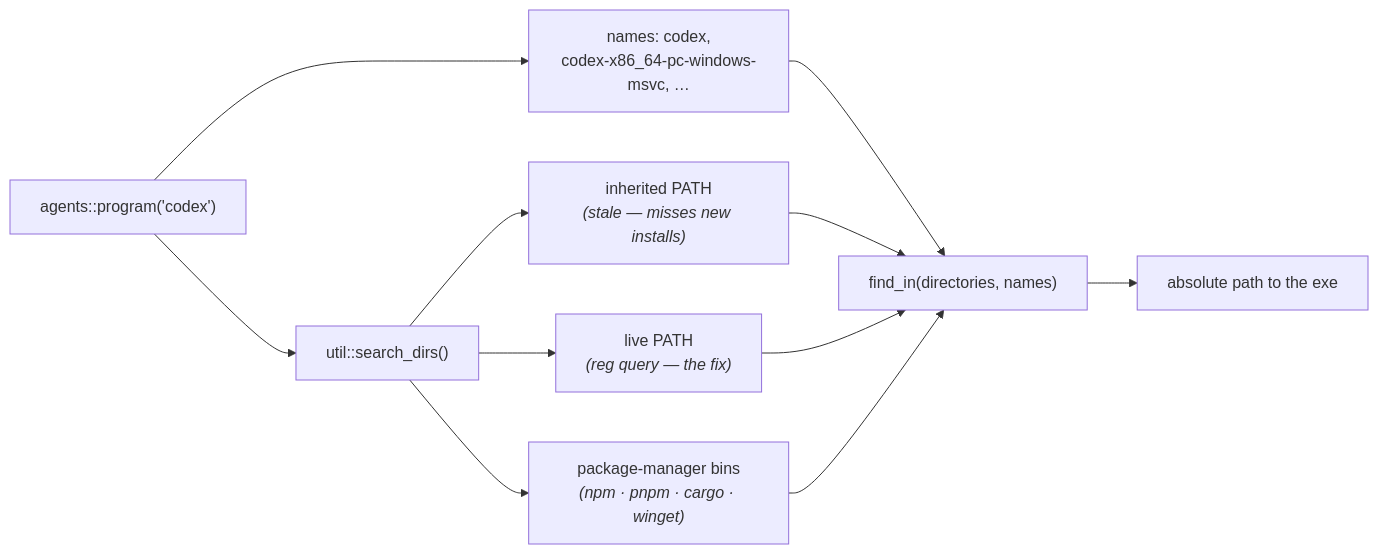
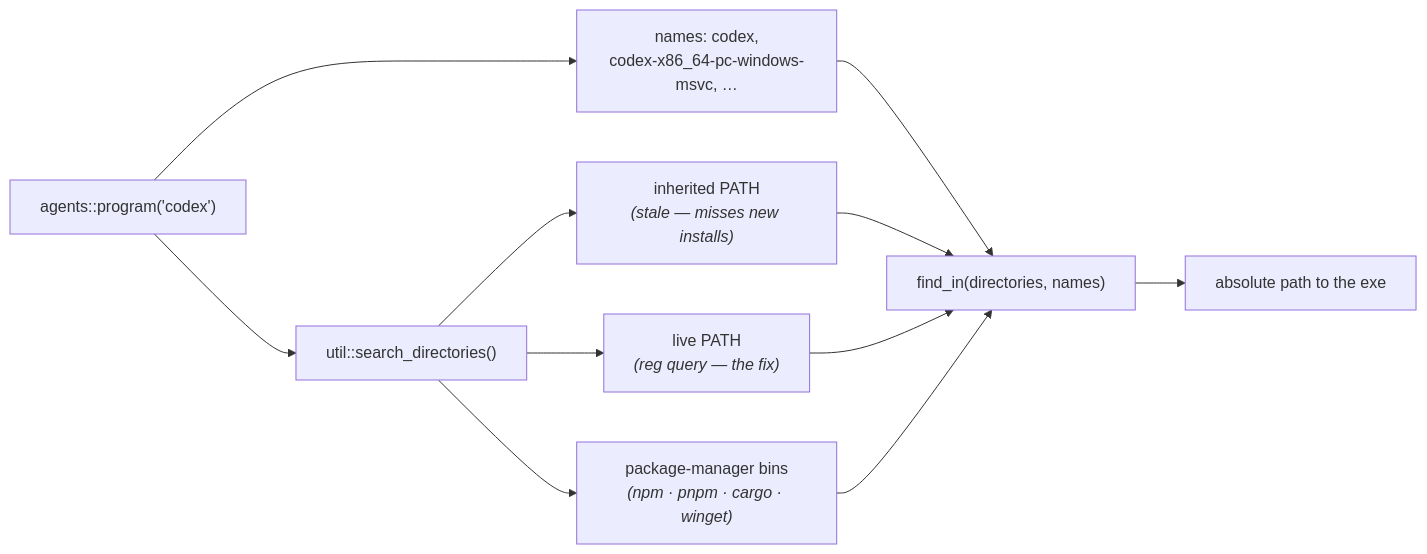
One commit to avi12/pade changed the third of 8 diagrams in ARCHITECTURE.md. Above: the diagram before and after it, drawn with Mermaid. The commit also changed other lines of this file, not shown here.

First line of the commit message:
docs(architecture): map the Rust core by its new module folders

````diff
--- a/ARCHITECTURE.md
+++ b/ARCHITECTURE.md
@@ -109,13 +109,13 @@
 ```mermaid
 flowchart LR
   Q["agents::program('codex')"] --> N["names: codex,<br/>codex-x86_64-pc-windows-msvc, …"]
-  Q --> D["util::search_dirs()"]
+  Q --> D["util::search_directories()"]
   D --> P1["inherited PATH<br/><i>(stale — misses new installs)</i>"]
   D --> P2["live PATH<br/><i>(reg query — the fix)</i>"]
   D --> P3["package-manager bins<br/><i>(npm · pnpm · cargo · winget)</i>"]
   N --> F["find_in(directories, names)"]
   P1 --> F
   P2 --> F
   P3 --> F
   F --> R["absolute path to the exe"]
 ```
````
